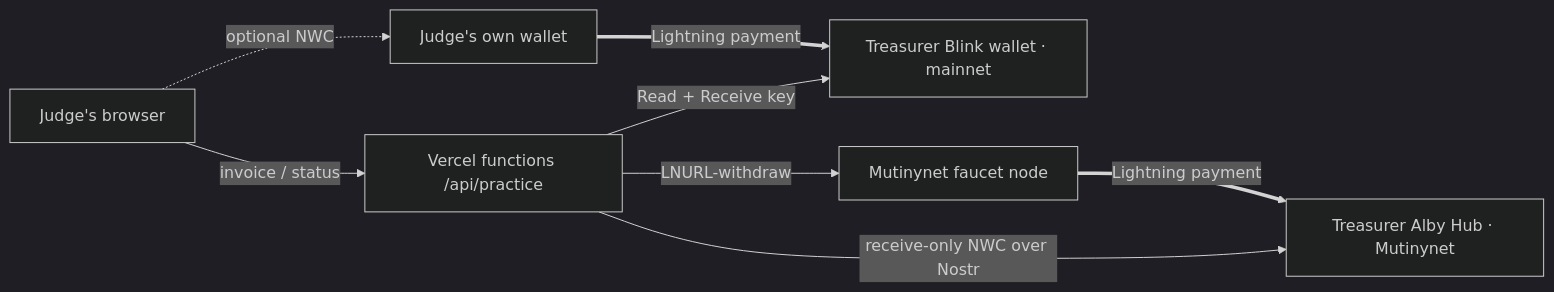
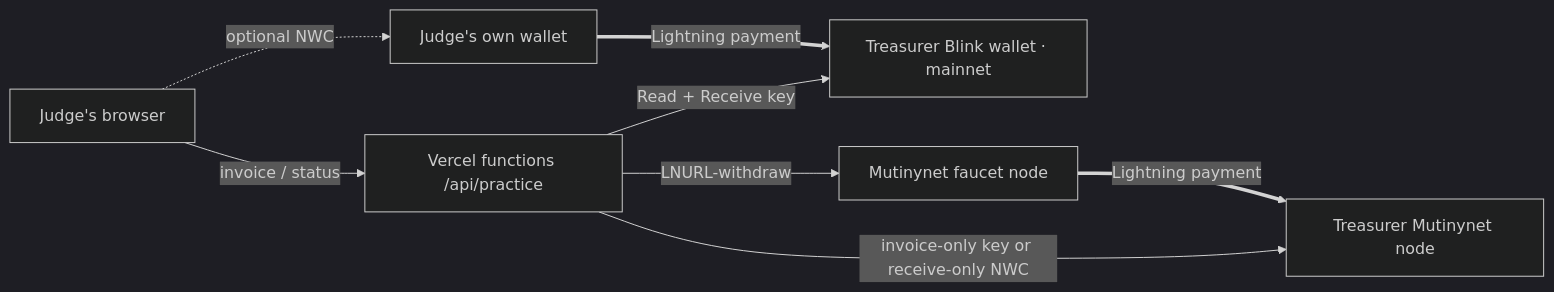
The diagram in docs/PRESENTATION.md (0xNexuz/circlesats), drawn with Mermaid (dark theme) before and after one commit. The commit also changed other lines of this file and 10 other files, not shown here.

````diff
--- a/docs/PRESENTATION.md
+++ b/docs/PRESENTATION.md
@@ -39,10 +39,10 @@
 ```mermaid
 flowchart LR
   J[Judge's browser] -- invoice / status --> F[Vercel functions /api/practice]
   F -- Read + Receive key --> B[Treasurer Blink wallet · mainnet]
-  F -- receive-only NWC over Nostr --> H[Treasurer Alby Hub · Mutinynet]
+  F -- invoice-only key or receive-only NWC --> H[Treasurer Mutinynet node]
   F -- LNURL-withdraw --> M[Mutinynet faucet node]
   M == Lightning payment ==> H
   W[Judge's own wallet] == Lightning payment ==> B
   J -. optional NWC .-> W
 ```
````
